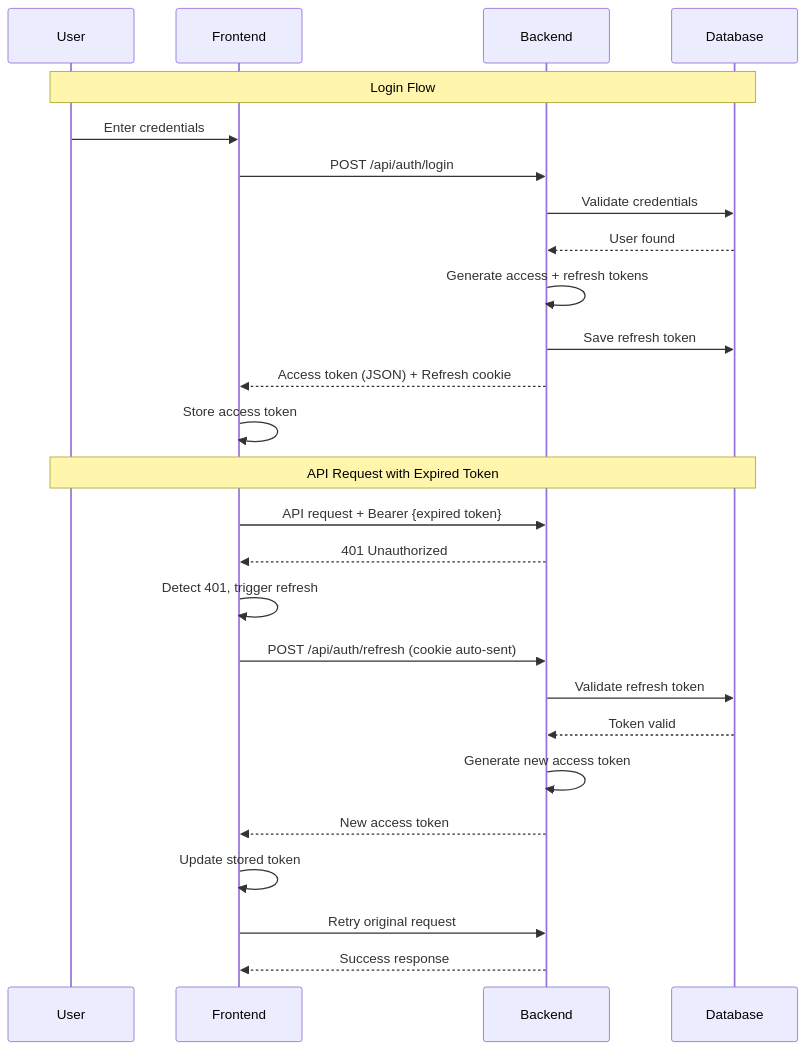
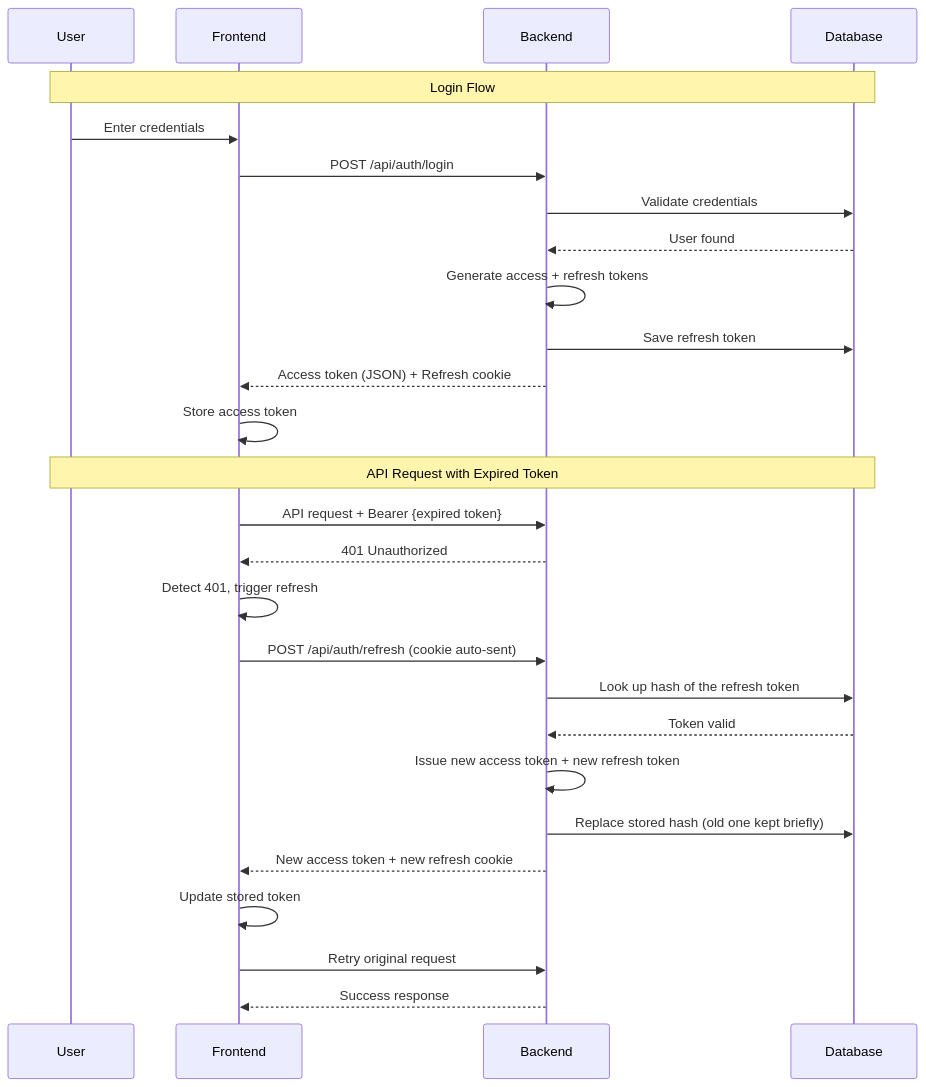
The second of 3 diagrams in README.md (ojasvatstyagi/Collabro), drawn with Mermaid before and after one commit. The commit also changed other lines of this file, not shown here.

````diff
--- a/README.md
+++ b/README.md
@@ -79,30 +82,31 @@
 ```mermaid
 sequenceDiagram
     participant U as User
     participant FE as Frontend
     participant BE as Backend
     participant DB as Database
 
     Note over U,DB: Login Flow
     U->>FE: Enter credentials
     FE->>BE: POST /api/auth/login
     BE->>DB: Validate credentials
     DB-->>BE: User found
     BE->>BE: Generate access + refresh tokens
     BE->>DB: Save refresh token
     BE-->>FE: Access token (JSON) + Refresh cookie
     FE->>FE: Store access token
 
     Note over U,DB: API Request with Expired Token
     FE->>BE: API request + Bearer {expired token}
     BE-->>FE: 401 Unauthorized
     FE->>FE: Detect 401, trigger refresh
     FE->>BE: POST /api/auth/refresh (cookie auto-sent)
-    BE->>DB: Validate refresh token
+    BE->>DB: Look up hash of the refresh token
     DB-->>BE: Token valid
-    BE->>BE: Generate new access token
-    BE-->>FE: New access token
+    BE->>BE: Issue new access token + new refresh token
+    BE->>DB: Replace stored hash (old one kept briefly)
+    BE-->>FE: New access token + new refresh cookie
     FE->>FE: Update stored token
     FE->>BE: Retry original request
     BE-->>FE: Success response
 ```
````
